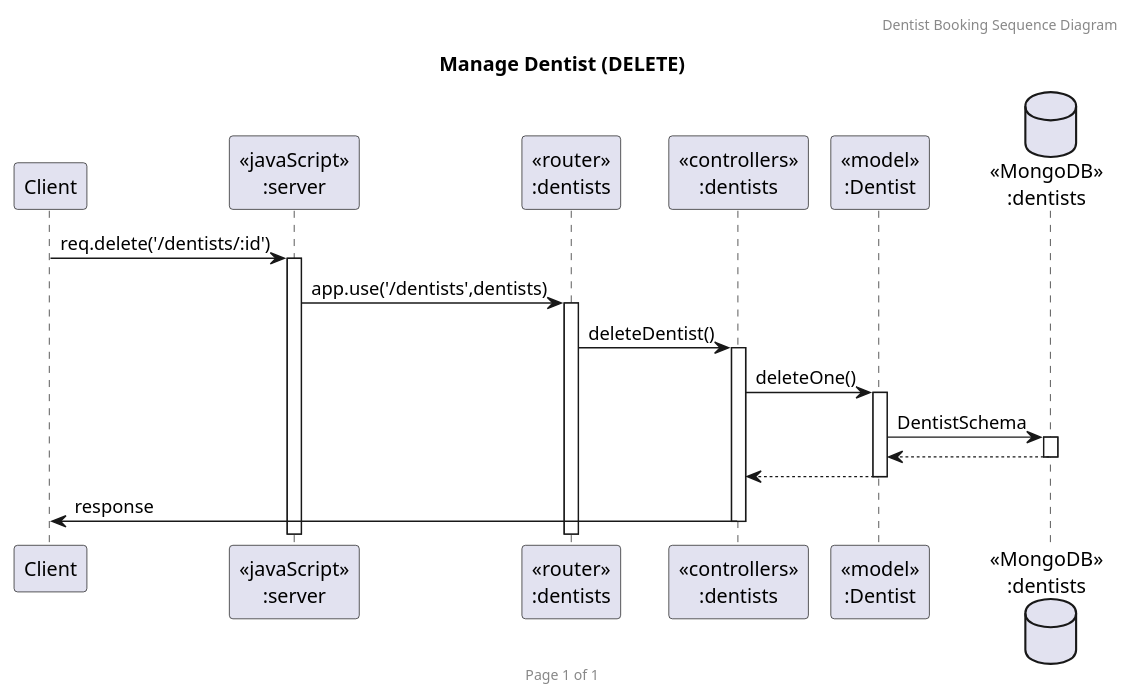
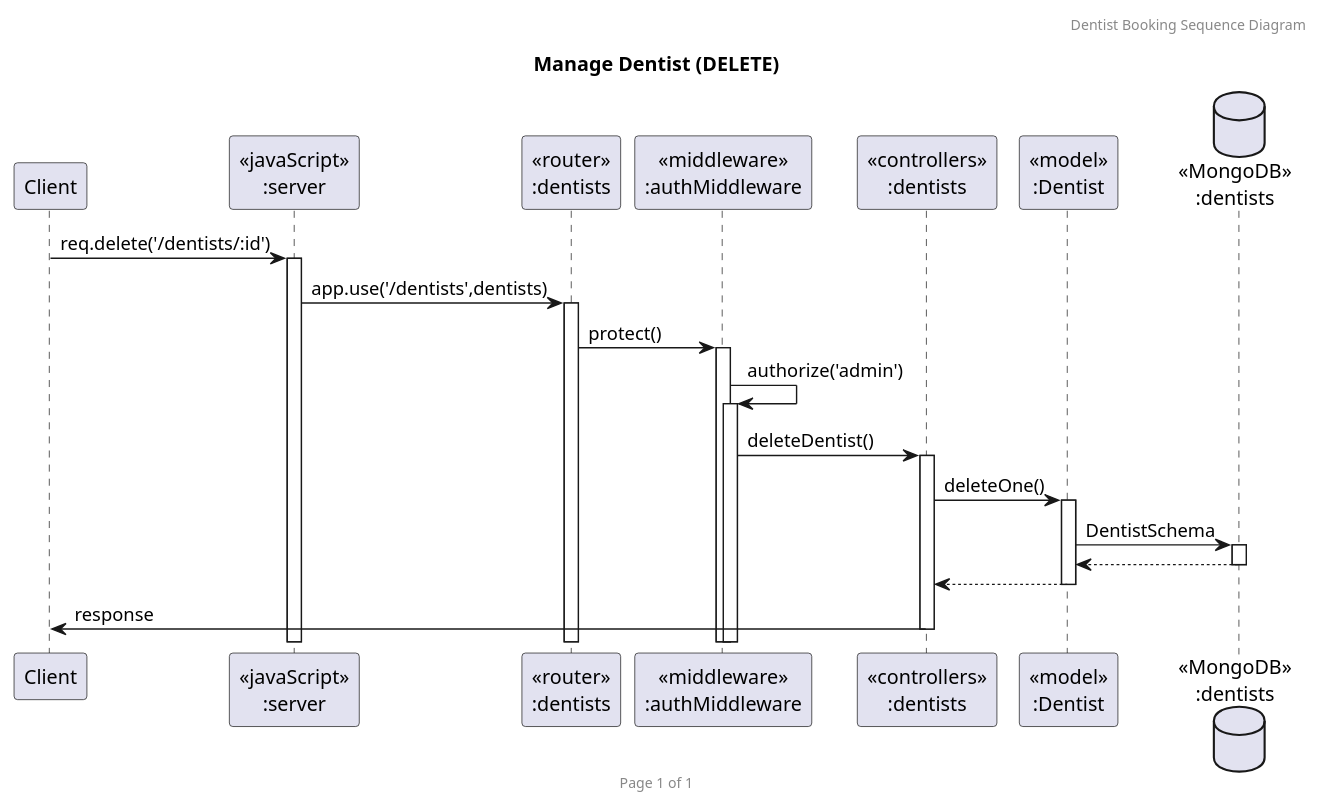
The diagram in doc/sequence_diagram/DeleteDentist.puml (KoalaMuch/DentistBooking), drawn with PlantUML before and after one commit. The commit also changed 10 other files, not shown here.

Commit message:
add middleware in seq diagram

```diff
--- a/doc/sequence_diagram/DeleteDentist.puml
+++ b/doc/sequence_diagram/DeleteDentist.puml
@@ -1,23 +1,26 @@
 @startuml Manage Dentist (DELETE)
 
 header Dentist Booking Sequence Diagram
 footer Page %page% of %lastpage%
 title "Manage Dentist (DELETE)"
 
 participant "Client" as client
 participant "<<javaScript>>\n:server" as server
 participant "<<router>>\n:dentists" as routerDentists
+participant "<<middleware>>\n:authMiddleware" as authMiddleware
 participant "<<controllers>>\n:dentists" as controllersDentists
 participant "<<model>>\n:Dentist" as modelDentist
 database "<<MongoDB>>\n:dentists" as DentistsDatabase
 
 client->server ++:req.delete('/dentists/:id')
 server->routerDentists ++:app.use('/dentists',dentists)
-routerDentists -> controllersDentists ++:deleteDentist()
+routerDentists->authMiddleware ++:protect()
+authMiddleware->authMiddleware ++:authorize('admin')
+authMiddleware -> controllersDentists ++:deleteDentist()
 controllersDentists->modelDentist ++:deleteOne()
 modelDentist ->DentistsDatabase ++: DentistSchema
 DentistsDatabase --> modelDentist --:
 controllersDentists <-- modelDentist --:
 controllersDentists->client --:response
 
 @enduml
```
